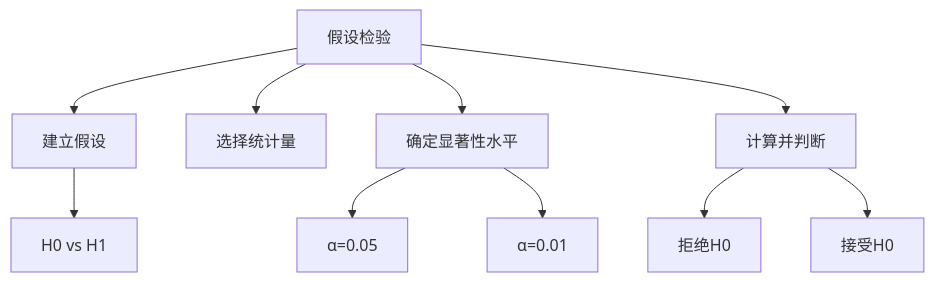
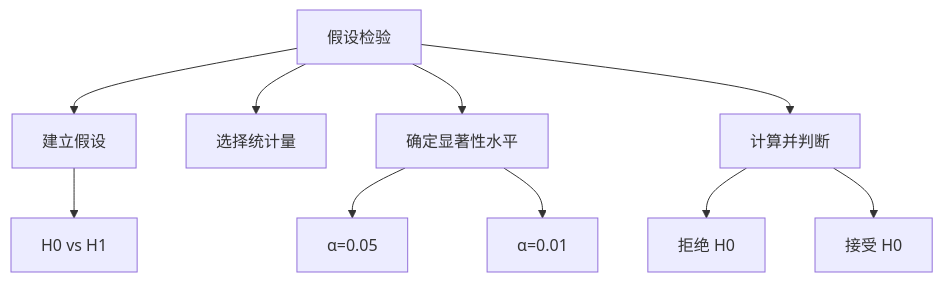
One commit to Tianshang301/TianshangKnowledgeBase changed the third of 4 diagrams in 01_K12/SeniorHigh/Mathematics/概率与统计.md. Above: the diagram before and after it, drawn with Mermaid. The commit also changed other lines of this file and 2257 other files, not shown here.

````diff
--- a/01_K12/SeniorHigh/Mathematics/概率与统计.md
+++ b/01_K12/SeniorHigh/Mathematics/概率与统计.md
@@ -176,12 +176,12 @@
 ```mermaid
 graph TD
     H[假设检验] --> H1[建立假设]
     H --> H2[选择统计量]
     H --> H3[确定显著性水平]
     H --> H4[计算并判断]
     H1 --> H1a[H0 vs H1]
     H3 --> H3a[α=0.05]
     H3 --> H3b[α=0.01]
-    H4 --> H4a[拒绝H0]
-    H4 --> H4b[接受H0]
+    H4 --> H4a[拒绝 H0]
+    H4 --> H4b[接受 H0]
 ```
````
